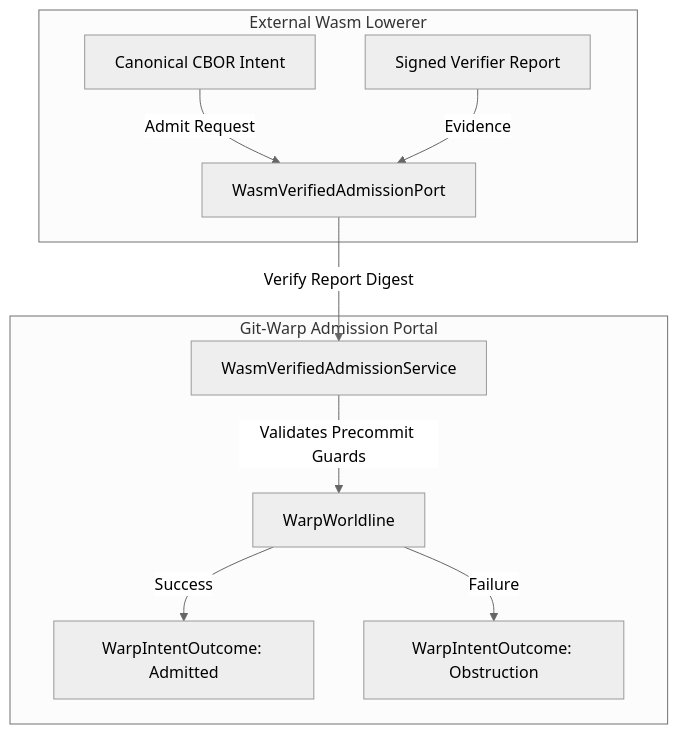
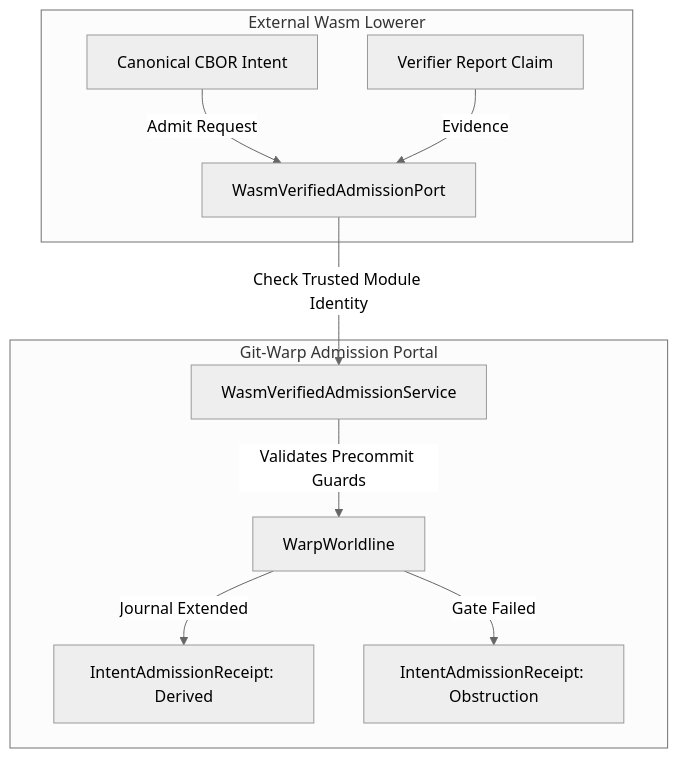
One commit to git-stunts/git-warp changed the diagram in docs/topics/wasm-verified-admission.md. Above: the diagram before and after it, drawn with Mermaid (neutral theme). The commit also changed other lines of this file and 32 other files, not shown here.

Commit message:
feat: classify witnessed intent admission

````diff
--- a/docs/topics/wasm-verified-admission.md
+++ b/docs/topics/wasm-verified-admission.md
@@ -5,14 +5,14 @@
 ```mermaid
 flowchart TD
     subgraph WasmPlugin [External Wasm Lowerer]
         P1[Canonical CBOR Intent] -->|Admit Request| A1[WasmVerifiedAdmissionPort]
-        P2[Signed Verifier Report] -->|Evidence| A1
+        P2[Verifier Report Claim] -->|Evidence| A1
     end
 
     subgraph GitWarpAdmission [Git-Warp Admission Portal]
-        A1 -->|Verify Report Digest| V1[WasmVerifiedAdmissionService]
+        A1 -->|Check Trusted Module Identity| V1[WasmVerifiedAdmissionService]
         V1 -->|Validates Precommit Guards| W1[WarpWorldline]
-        W1 -->|Success| O1[WarpIntentOutcome: Admitted]
-        W1 -->|Failure| O2[WarpIntentOutcome: Obstruction]
+        W1 -->|Journal Extended| O1[IntentAdmissionReceipt: Derived]
+        W1 -->|Gate Failed| O2[IntentAdmissionReceipt: Obstruction]
     end
 ```
````
